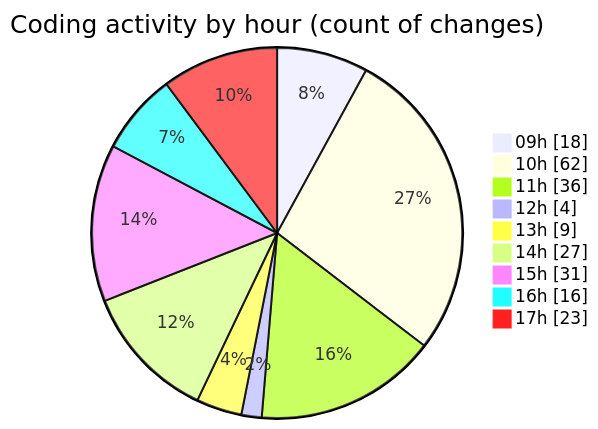
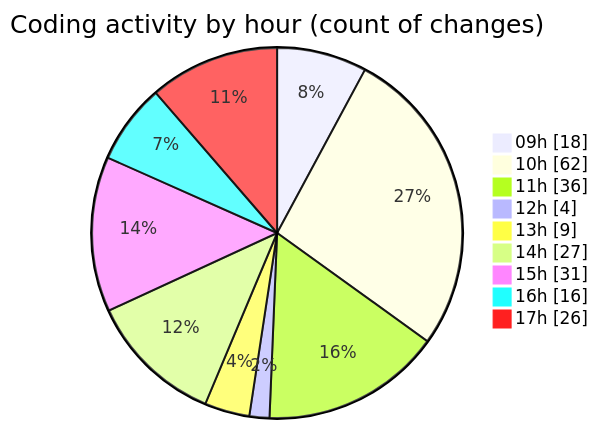
Before and after one commit to momahboobian/code-tracking: the second of 2 diagrams in 2025-07-01/cda/README.md, drawn with Mermaid. The commit also changed other lines of this file and 1 other file, not shown here.

````diff
--- a/2025-07-01/cda/README.md
+++ b/2025-07-01/cda/README.md
@@ -53,13 +53,13 @@
 ```mermaid
 pie showData
 title Coding activity by hour (count of changes)
 "09h" : 18
 "10h" : 62
 "11h" : 36
 "12h" : 4
 "13h" : 9
 "14h" : 27
 "15h" : 31
 "16h" : 16
-"17h" : 23
+"17h" : 26
 ```
````
